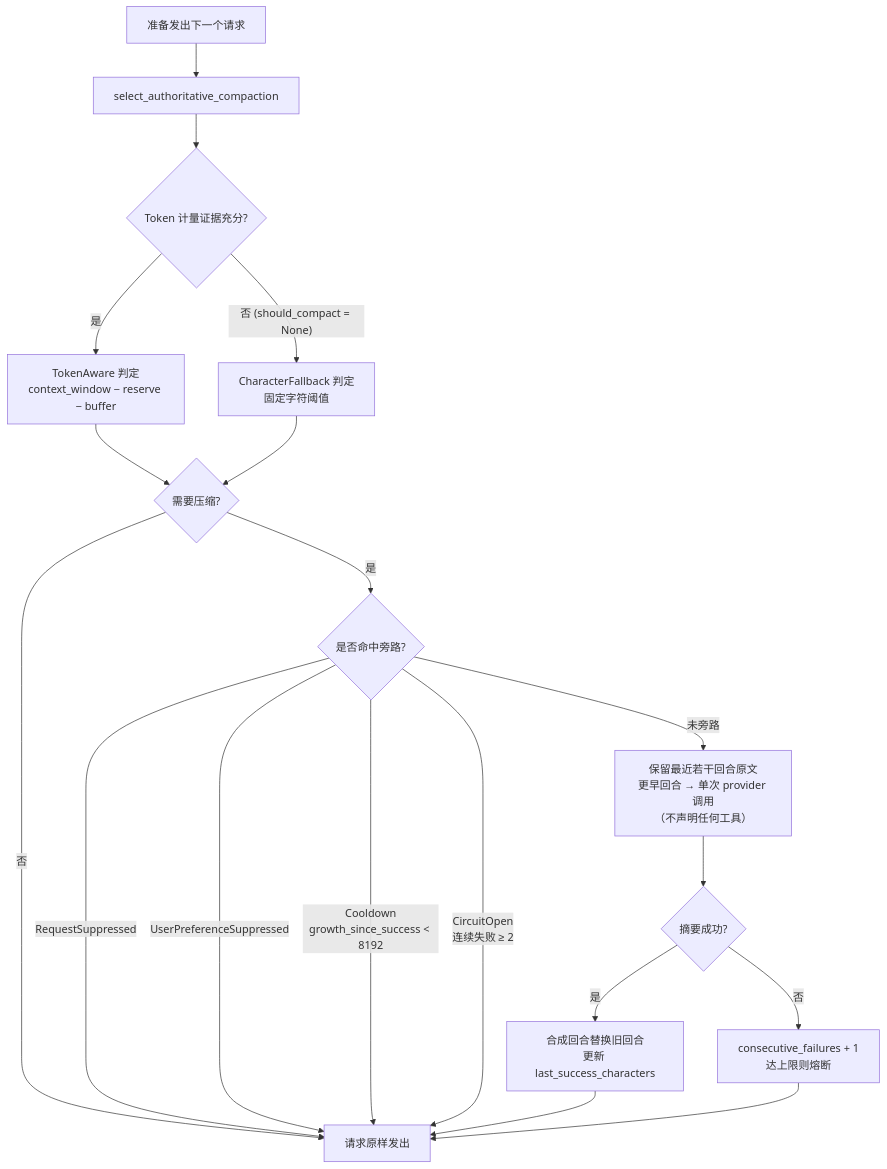
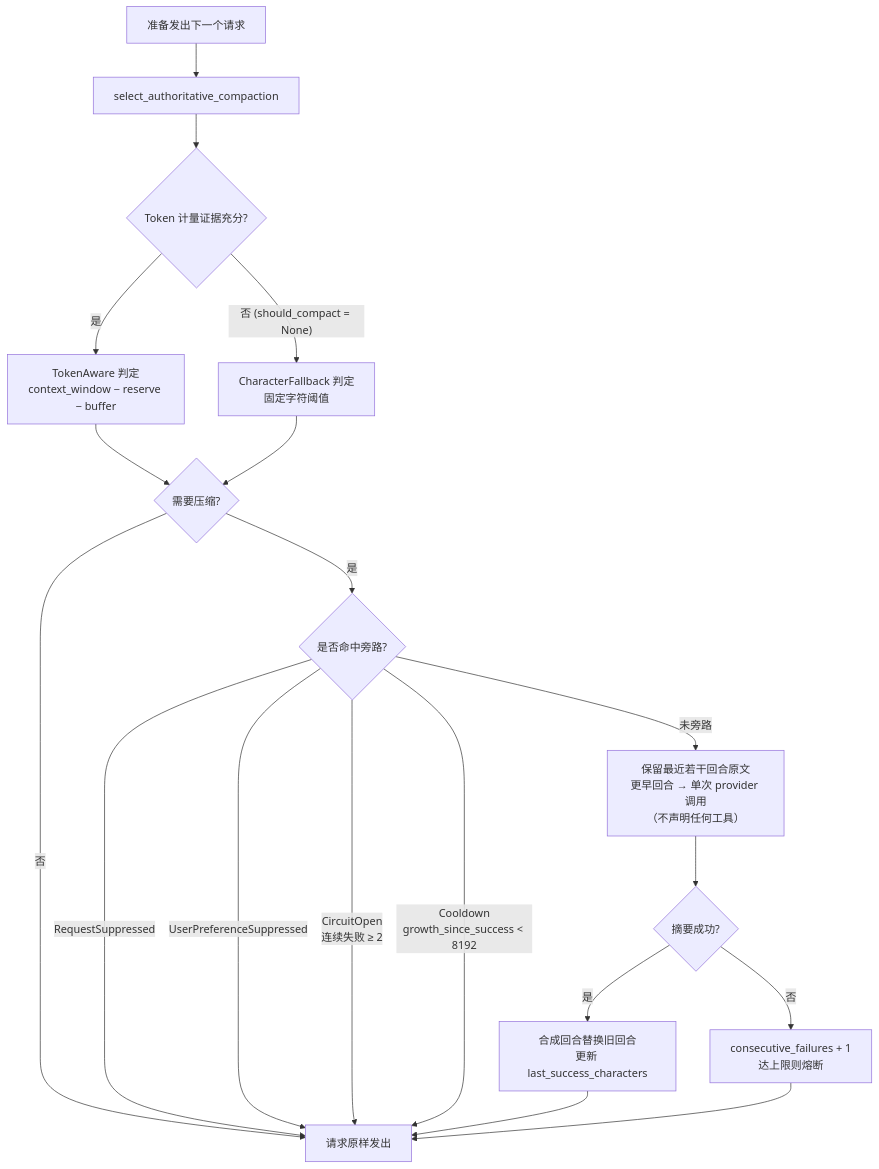
Before and after one commit to cdavid817/vanehub-ai: the diagram in docs/developer-guide/zh-CN/src/context-compaction.md, drawn with Mermaid. The commit also changed other lines of this file and 3 other files, not shown here.

````diff
--- a/docs/developer-guide/zh-CN/src/context-compaction.md
+++ b/docs/developer-guide/zh-CN/src/context-compaction.md
@@ -5,21 +5,21 @@
 ```mermaid
 flowchart TB
   REQ["准备发出下一个请求"] --> SEL["select_authoritative_compaction"]
   SEL --> EV{"Token 计量证据充分?"}
   EV -->|"是"| TA["TokenAware 判定<br/>context_window − reserve − buffer"]
   EV -->|"否 (should_compact = None)"| CF["CharacterFallback 判定<br/>固定字符阈值"]
   TA --> NEED{"需要压缩?"}
   CF --> NEED
   NEED -->|"否"| SEND["请求原样发出"]
   NEED -->|"是"| GATE{"是否命中旁路?"}
   GATE -->|"RequestSuppressed"| SEND
   GATE -->|"UserPreferenceSuppressed"| SEND
+  GATE -->|"CircuitOpen<br/>连续失败 ≥ 2"| SEND
   GATE -->|"Cooldown<br/>growth_since_success &lt; 8192"| SEND
-  GATE -->|"CircuitOpen<br/>连续失败 ≥ 2"| SEND
   GATE -->|"未旁路"| SUM["保留最近若干回合原文<br/>更早回合 → 单次 provider 调用<br/>（不声明任何工具）"]
   SUM --> OK{"摘要成功?"}
   OK -->|"是"| UPD["合成回合替换旧回合<br/>更新 last_success_characters"]
   OK -->|"否"| FAIL["consecutive_failures + 1<br/>达上限则熔断"]
   UPD --> SEND
   FAIL --> SEND
 ```
````
